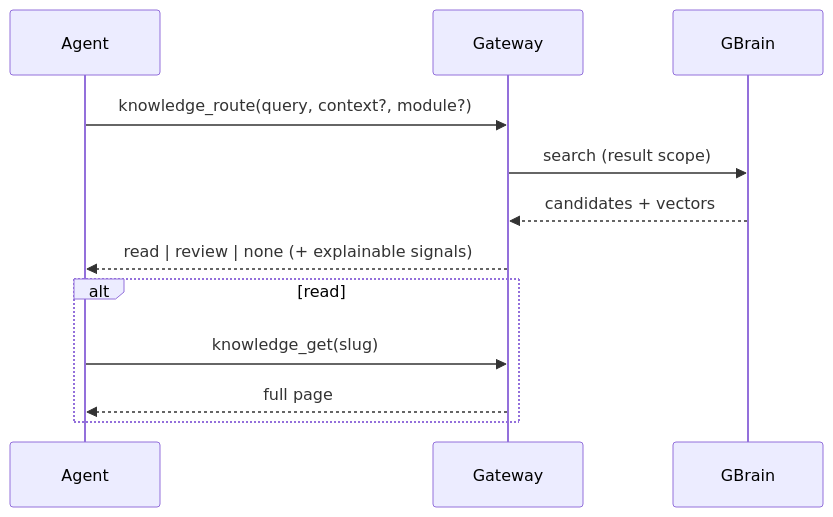
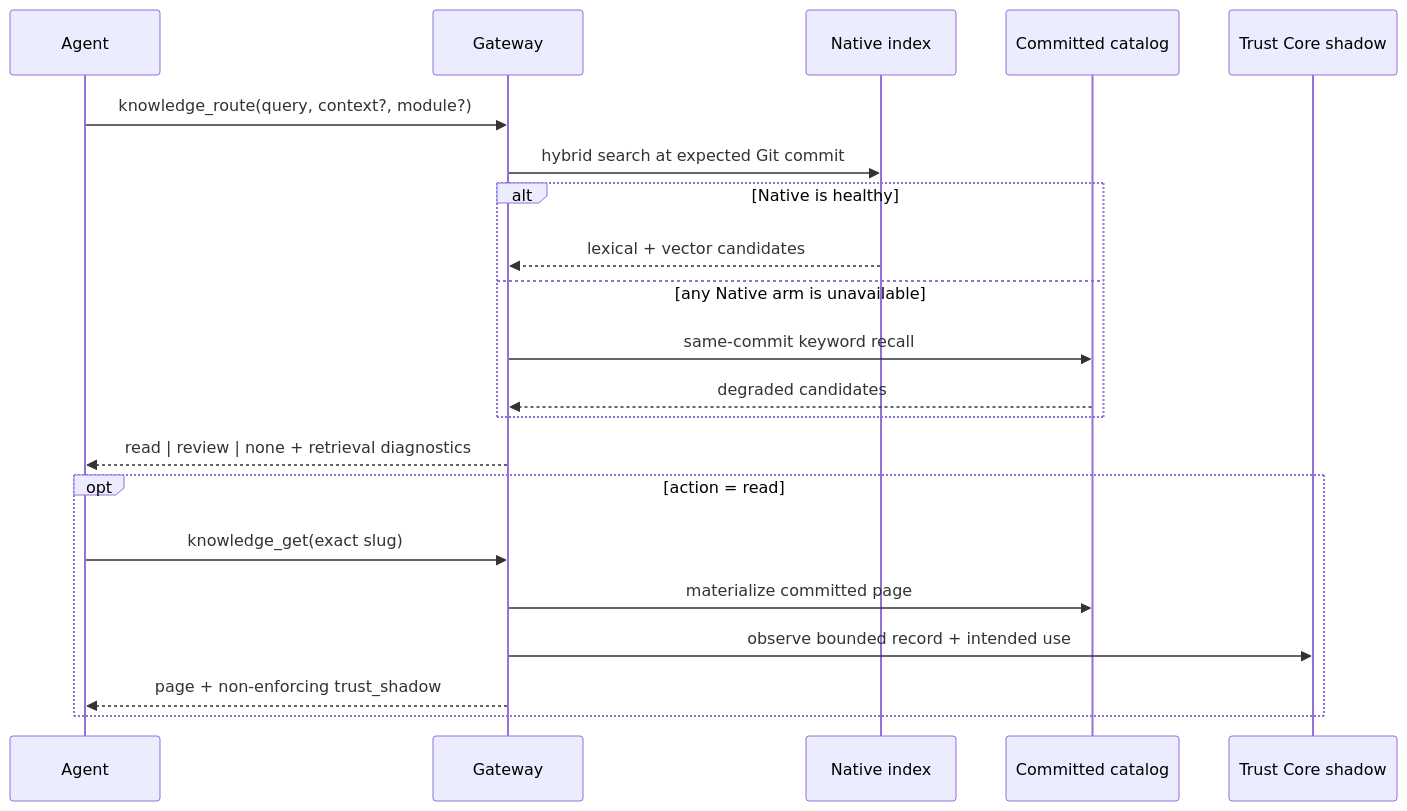
Before and after one commit to haorantang97/Personal-Ontology: the second of 3 diagrams in lab-ontology/docs/architecture.md, drawn with Mermaid. The commit also changed other lines of this file and 51 other files, not shown here.

Commit message:
feat(ontology): publish native-only agent knowledge 1.8

````diff
--- a/lab-ontology/docs/architecture.md
+++ b/lab-ontology/docs/architecture.md
@@ -60,14 +69,23 @@
 ```mermaid
 sequenceDiagram
-    participant Agent
-    participant GW as Gateway
-    participant GB as GBrain
-    Agent->>GW: knowledge_route(query, context?, module?)
-    GW->>GB: search (result scope)
-    GB-->>GW: candidates + vectors
-    GW-->>Agent: read | review | none (+ explainable signals)
-    alt read
-        Agent->>GW: knowledge_get(slug)
-        GW-->>Agent: full page
+    participant A as Agent
+    participant G as Gateway
+    participant N as Native index
+    participant C as Committed catalog
+    participant T as Trust Core shadow
+    A->>G: knowledge_route(query, context?, module?)
+    G->>N: hybrid search at expected Git commit
+    alt Native is healthy
+        N-->>G: lexical + vector candidates
+    else any Native arm is unavailable
+        G->>C: same-commit keyword recall
+        C-->>G: degraded candidates
+    end
+    G-->>A: read | review | none + retrieval diagnostics
+    opt action = read
+        A->>G: knowledge_get(exact slug)
+        G->>C: materialize committed page
+        G->>T: observe bounded record + intended use
+        G-->>A: page + non-enforcing trust_shadow
     end
 ```
````
